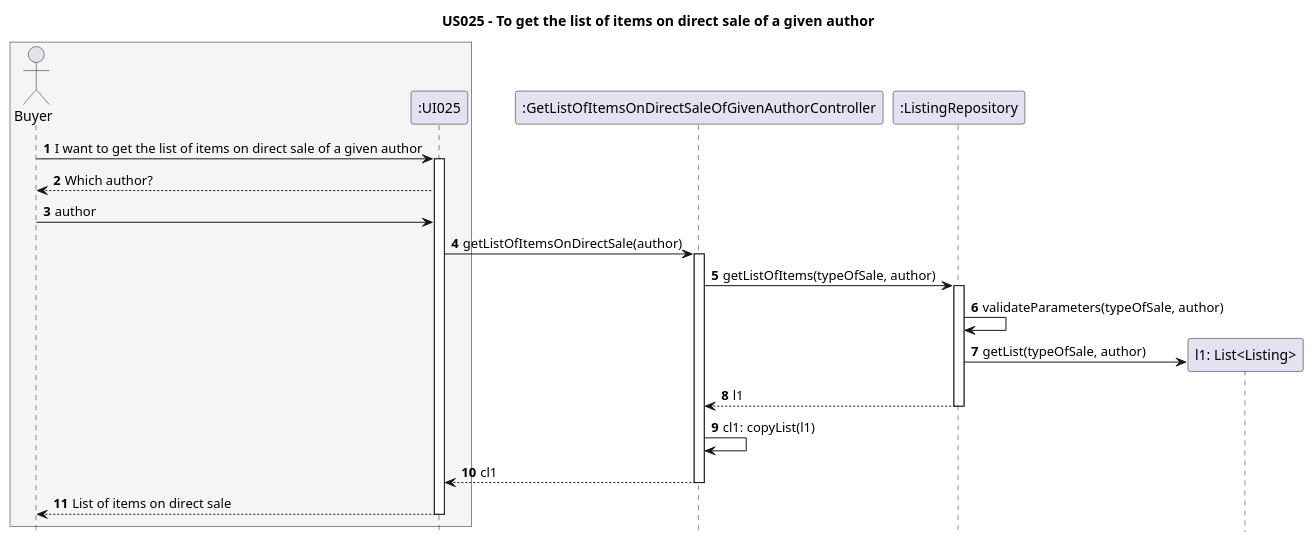
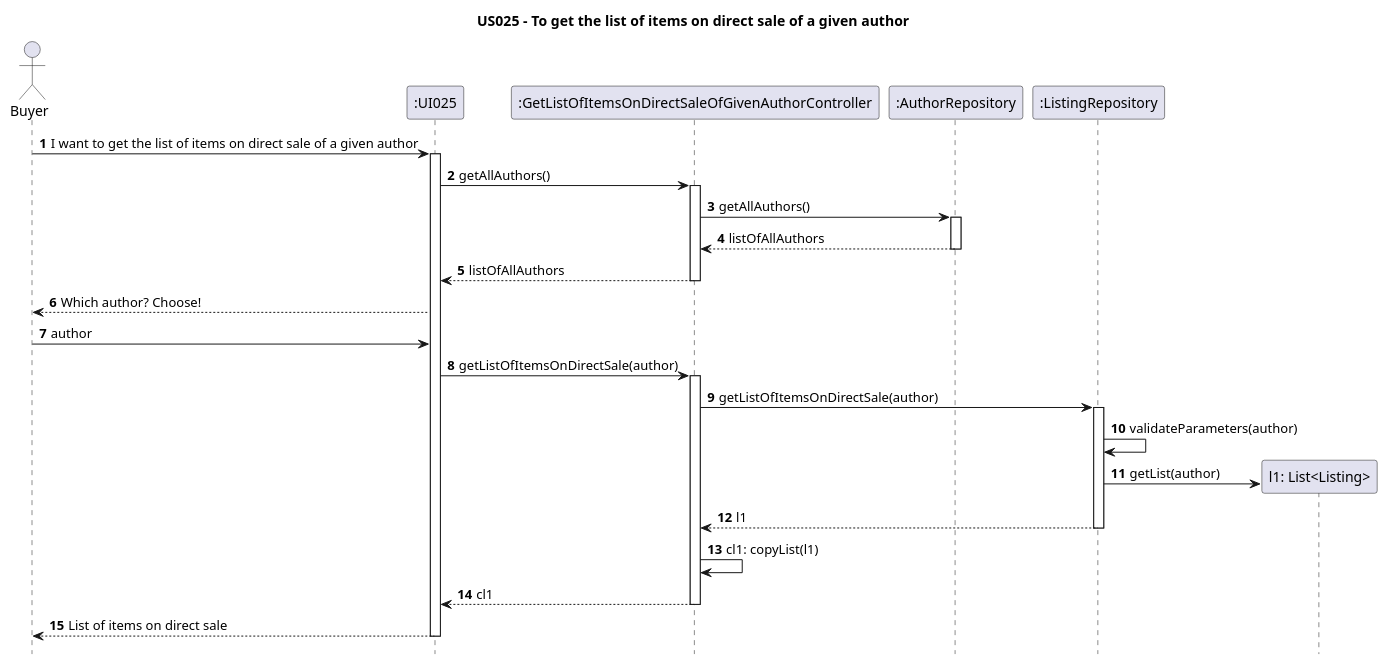
Before and after one commit to AndrePereiraGitH/SWitCH-Project-Team_A: the diagram in Diagrams/SequenceDiagrams/N2/US025-to-get-the-list-of-items-on-direct-sale-of-a-given-author.puml, drawn with PlantUML. The commit also changed 5 other files, not shown here.

```diff
--- a/Diagrams/SequenceDiagrams/N2/US025-to-get-the-list-of-items-on-direct-sale-of-a-given-author.puml
+++ b/Diagrams/SequenceDiagrams/N2/US025-to-get-the-list-of-items-on-direct-sale-of-a-given-author.puml
@@ -1,44 +1,52 @@
 @startuml
 
 hide footbox
 autonumber
 title US025 - To get the list of items on direct sale of a given author
 
-box #WhiteSmoke
 actor Buyer
 participant ":UI025" as UI025
-end box
 
 participant ":GetListOfItemsOnDirectSaleOfGivenAuthorController" as GetListOfItemsOnDirectSaleOfGivenAuthorController
+
+participant ":AuthorRepository" as AuthorRepository
 
 participant ":ListingRepository" as ListingRepository
 
 Buyer -> UI025 : I want to get the list of items on direct sale of a given author
 activate UI025
-Buyer <-- UI025 : Which author?
+UI025 -> GetListOfItemsOnDirectSaleOfGivenAuthorController : getAllAuthors()
+activate GetListOfItemsOnDirectSaleOfGivenAuthorController
+GetListOfItemsOnDirectSaleOfGivenAuthorController -> AuthorRepository: getAllAuthors()
+activate AuthorRepository
+AuthorRepository --> GetListOfItemsOnDirectSaleOfGivenAuthorController: listOfAllAuthors
+deactivate AuthorRepository
+GetListOfItemsOnDirectSaleOfGivenAuthorController --> UI025 : listOfAllAuthors
+deactivate GetListOfItemsOnDirectSaleOfGivenAuthorController
+Buyer <-- UI025 : Which author? Choose!
 Buyer -> UI025 : author
 
 UI025 -> GetListOfItemsOnDirectSaleOfGivenAuthorController : getListOfItemsOnDirectSale(author)
 activate GetListOfItemsOnDirectSaleOfGivenAuthorController
 
-GetListOfItemsOnDirectSaleOfGivenAuthorController -> ListingRepository : getListOfItems(typeOfSale, author)
+GetListOfItemsOnDirectSaleOfGivenAuthorController -> ListingRepository : getListOfItemsOnDirectSale(author)
 activate ListingRepository
 
 
-ListingRepository -> ListingRepository : validateParameters(typeOfSale, author)
+ListingRepository -> ListingRepository : validateParameters(author)
 
 create "l1: List<Listing>" as Listing
-ListingRepository -> Listing : getList(typeOfSale, author)
+ListingRepository -> Listing : getList(author)
 
 ListingRepository --> GetListOfItemsOnDirectSaleOfGivenAuthorController : l1
 deactivate ListingRepository
 
 GetListOfItemsOnDirectSaleOfGivenAuthorController -> GetListOfItemsOnDirectSaleOfGivenAuthorController : cl1: copyList(l1)
 
 GetListOfItemsOnDirectSaleOfGivenAuthorController --> UI025 : cl1
 deactivate GetListOfItemsOnDirectSaleOfGivenAuthorController
 
 UI025 --> Buyer : List of items on direct sale
 deactivate UI025
 
 @enduml
```
